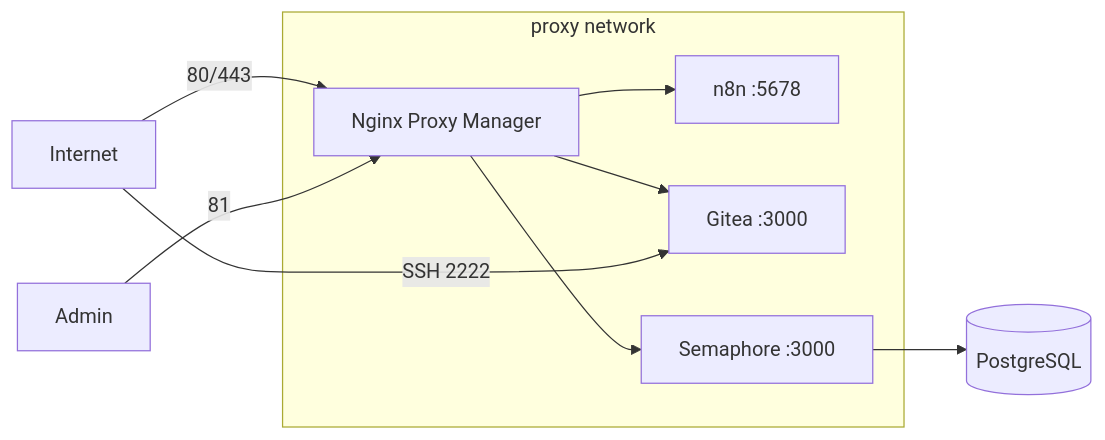
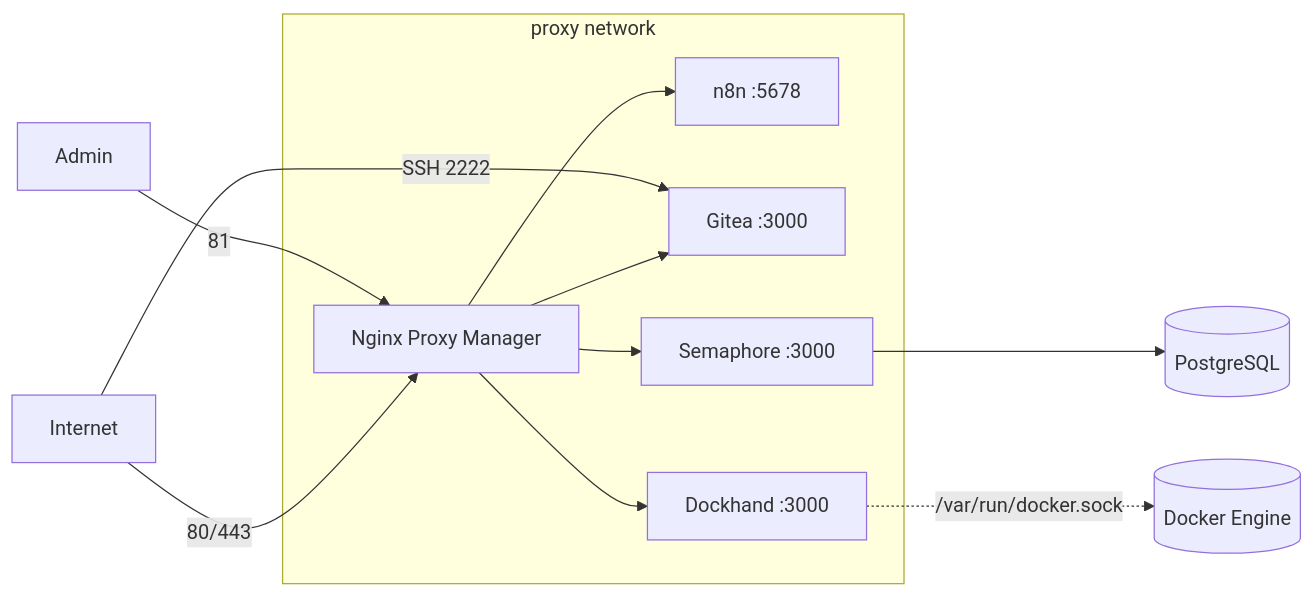
One commit to kurdem/LabMaster changed the diagram in README.md. Above: the diagram before and after it, drawn with Mermaid. The commit also changed other lines of this file and 5 other files, not shown here.

````diff
--- a/README.md
+++ b/README.md
@@ -51,12 +52,14 @@
 ```mermaid
 flowchart LR
     Internet -->|80/443| NPM[Nginx Proxy Manager]
     subgraph proxy network
         NPM --> N8N[n8n :5678]
         NPM --> GITEA[Gitea :3000]
         NPM --> SEM[Semaphore :3000]
+        NPM --> DH[Dockhand :3000]
     end
+    DH -.->|/var/run/docker.sock| Docker[(Docker Engine)]
     SEM --> PG[(PostgreSQL)]
     Internet -->|SSH 2222| GITEA
     Admin -->|81| NPM
 ```
````
